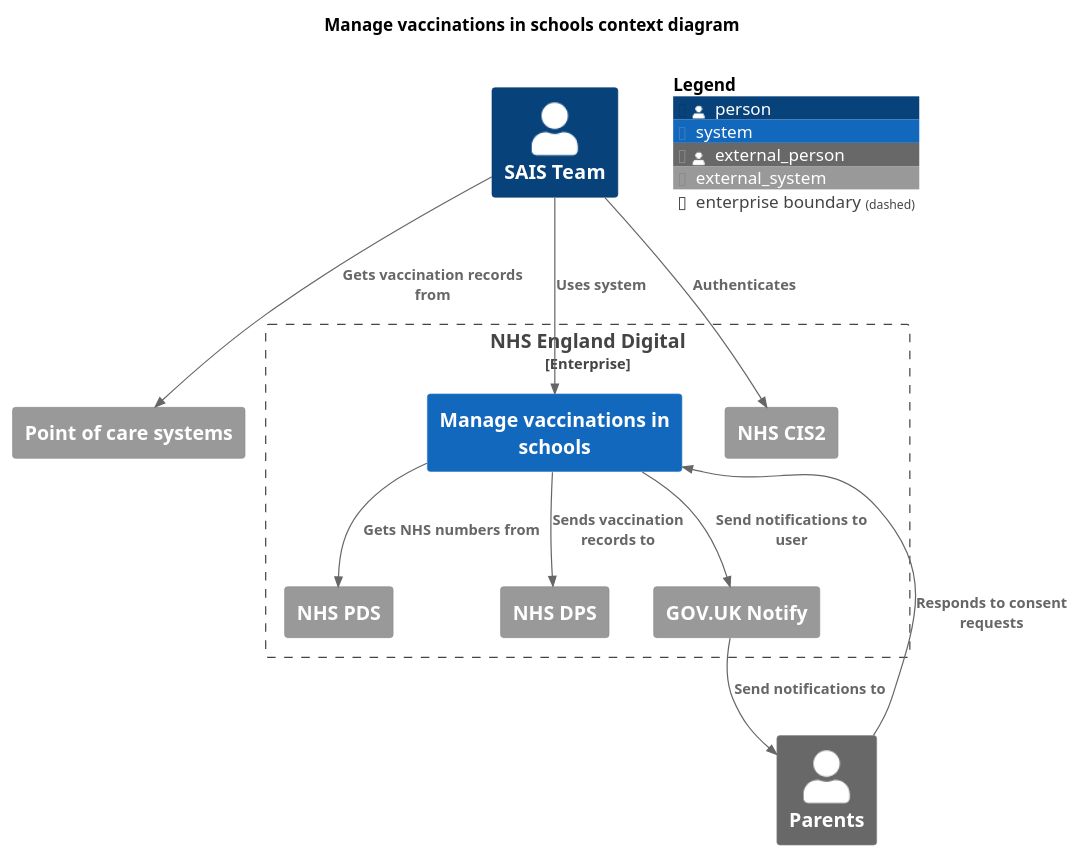
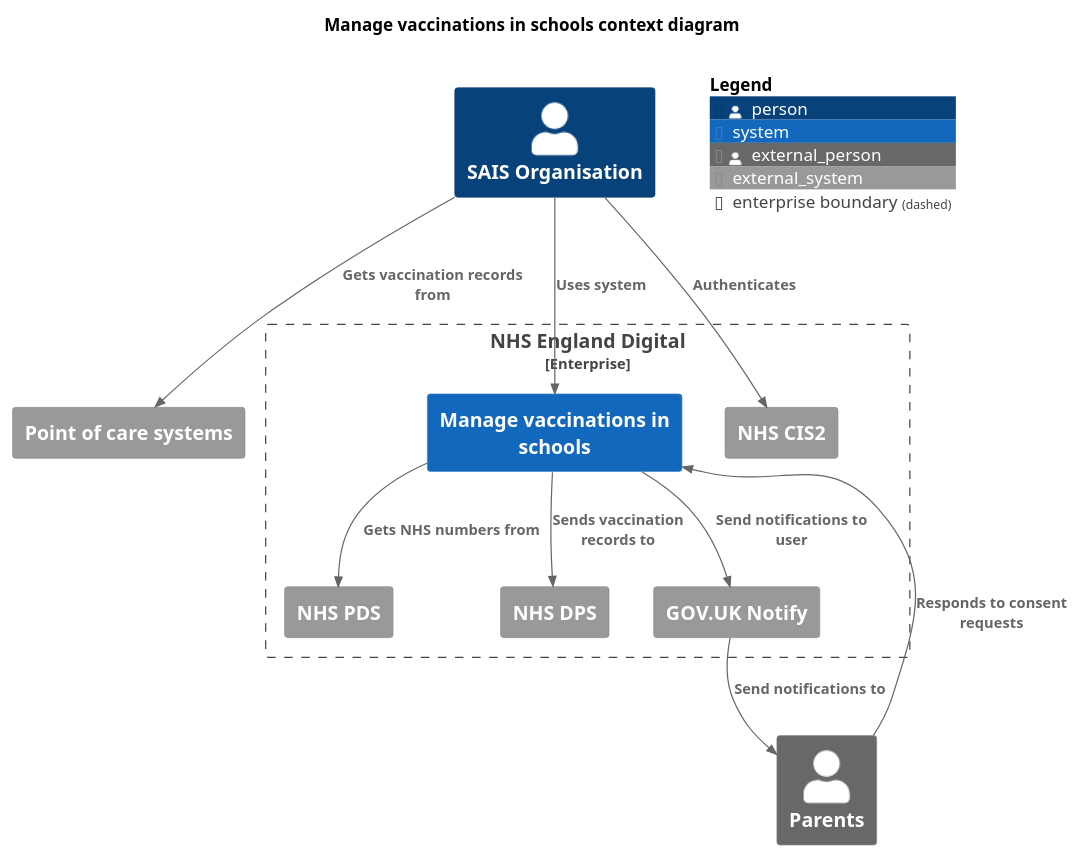
The diagram in docs/diagrams/context-view.puml (nhsuk/manage-vaccinations-in-schools), drawn with PlantUML before and after one commit. The commit also changed 217 other files, not shown here.

```diff
--- a/docs/diagrams/context-view.puml
+++ b/docs/diagrams/context-view.puml
@@ -1,36 +1,36 @@
 @startuml
 
 !include <C4/C4_Context.puml>
 
 LAYOUT_TOP_DOWN()
 
 title "Manage vaccinations in schools context diagram"
 
 Person_Ext(parents, "Parents")
 
 System_Ext(poc, "Point of care systems")
-Person(sais, "SAIS Team")
+Person(sais, "SAIS Organisation")
 
 Enterprise_Boundary(nhs, "NHS England Digital") {
   System(mavis, "Manage vaccinations in schools")
 
   System_Ext(cis, "NHS CIS2")
   System_Ext(pds, "NHS PDS")
   System_Ext(dps, "NHS DPS")
   System_Ext(notify, "GOV.UK Notify")
 }
 
 AddRelTag("optional", $textColor="black", $lineColor="black", $lineStyle="dashed")
 
 Rel(sais, cis, "Authenticates")
 Rel(sais, mavis, "Uses system")
 Rel(sais, poc, "Gets vaccination records from")
 Rel(mavis, notify, "Send notifications to user")
 Rel(notify, parents, "Send notifications to")
 Rel(parents, mavis, "Responds to consent requests")
 Rel(mavis, pds, "Gets NHS numbers from")
 Rel(mavis, dps, "Sends vaccination records to")
 
 SHOW_FLOATING_LEGEND()
 
 @enduml
```
